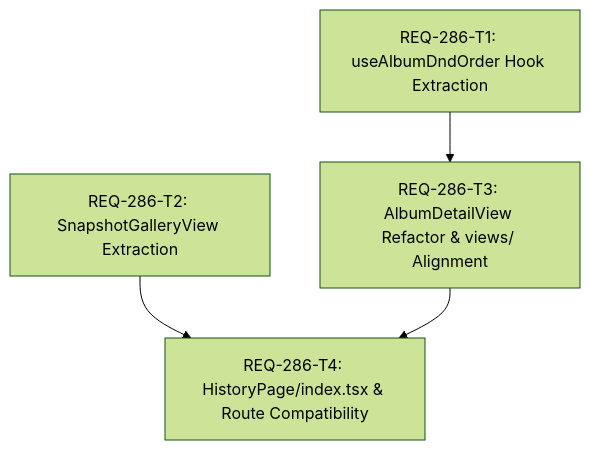
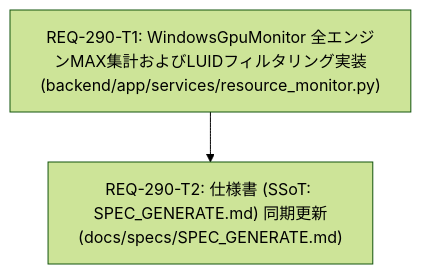
The diagram in implementation_plan.md (TAKE4548/comfy-create-helper2), drawn with Mermaid (forest theme) before and after one commit. The commit also changed other lines of this file and 10 other files, not shown here.

Commit message:
feat(REQ-290): complete implementation and verification of GPU all-engine MAX monitoring

````diff
--- a/implementation_plan.md
+++ b/implementation_plan.md
@@ -15,6 +33,7 @@
 ```mermaid
 graph TD
-  REQ-286-T1["REQ-286-T1: useAlbumDndOrder Hook Extraction"] --> REQ-286-T3["REQ-286-T3: AlbumDetailView Refactor & views/ Alignment"]
-  REQ-286-T2["REQ-286-T2: SnapshotGalleryView Extraction"] --> REQ-286-T4["REQ-286-T4: HistoryPage/index.tsx & Route Compatibility"]
-  REQ-286-T3 --> REQ-286-T4
+    REQ-290-T1["REQ-290-T1: WindowsGpuMonitor 全エンジンMAX集計およびLUIDフィルタリング実装<br/>(backend/app/services/resource_monitor.py)"]
+    REQ-290-T2["REQ-290-T2: 仕様書 (SSoT: SPEC_GENERATE.md) 同期更新<br/>(docs/specs/SPEC_GENERATE.md)"]
+
+    REQ-290-T1 --> REQ-290-T2
 ```
````
